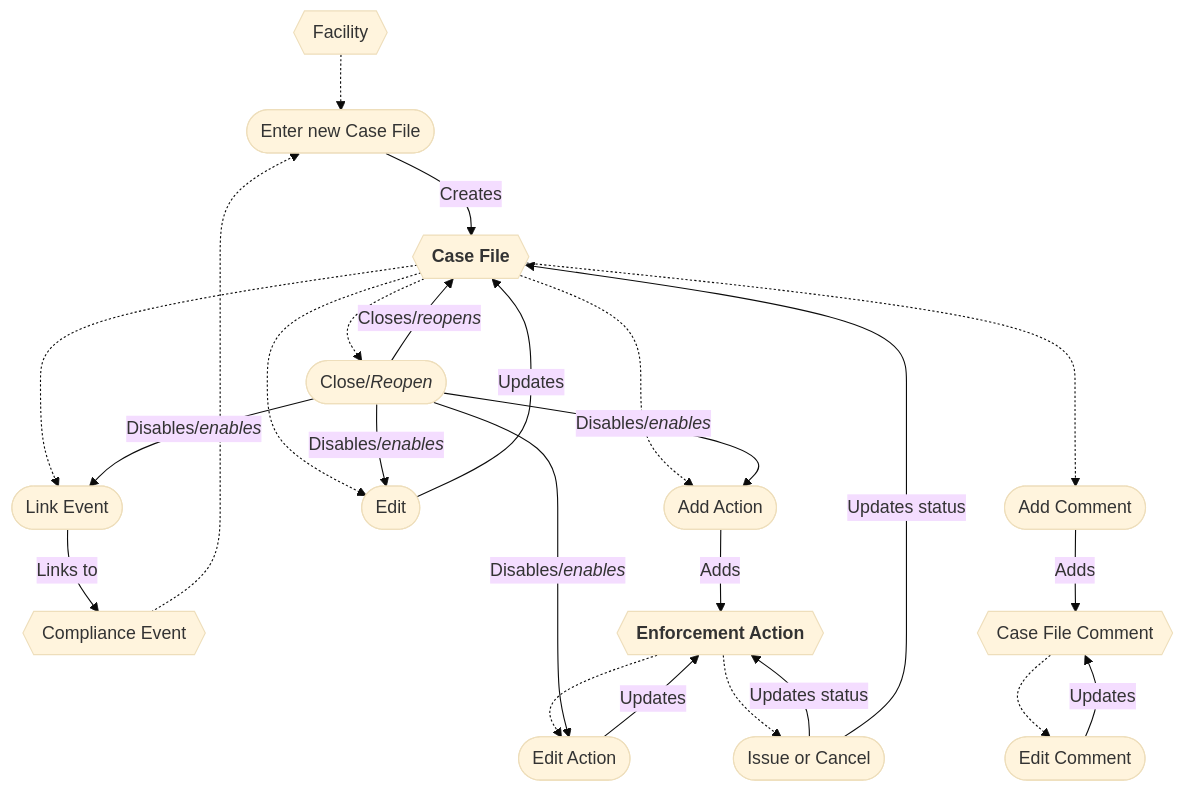
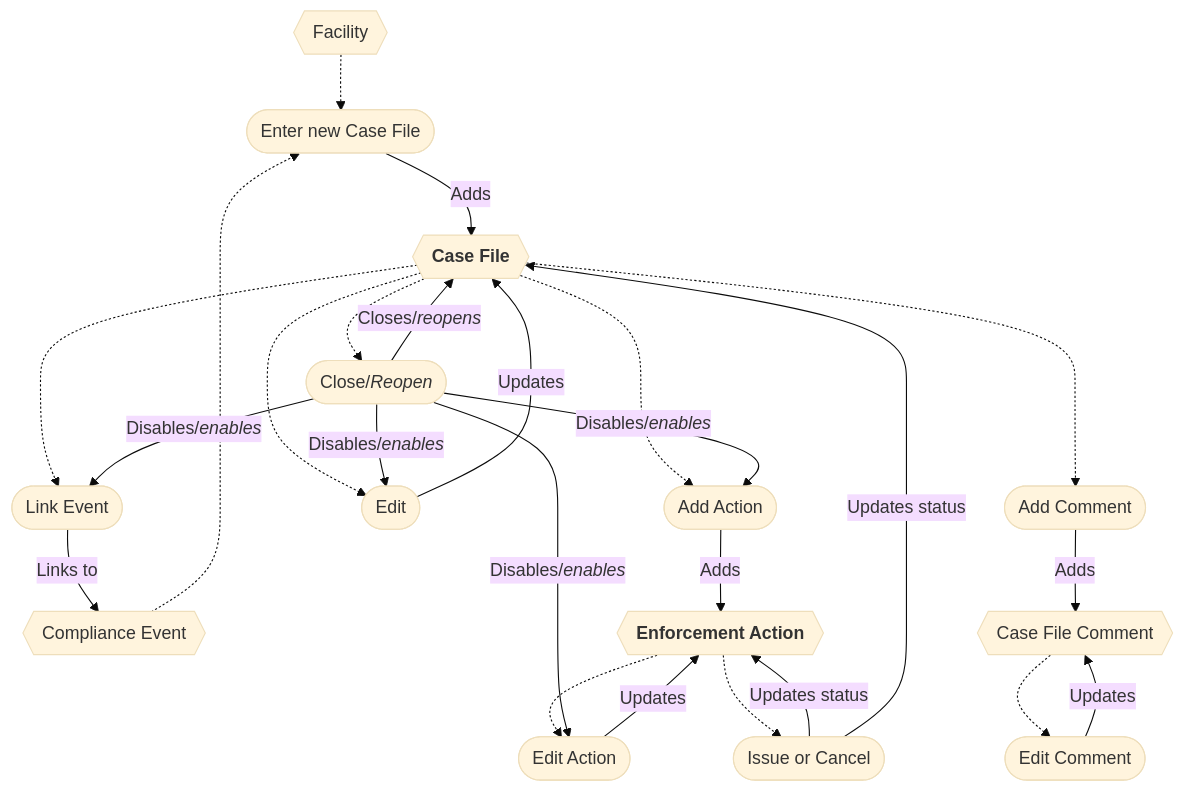
The second of 4 diagrams in docs/Workflows/Enforcement-workflow.md (gaepdit/air-web), drawn with Mermaid (base theme) before and after one commit. The commit also changed other lines of this file, not shown here.

````diff
--- a/docs/Workflows/Enforcement-workflow.md
+++ b/docs/Workflows/Enforcement-workflow.md
@@ -95,42 +105,42 @@
 ```mermaid
 flowchart
     FAC{{Facility}}
     EVT{{Compliance Event}}
     ENF{{"`**Case File**`"}}
     CTE{{Case File Comment}}
     ACT{{"`**Enforcement Action**`"}}
     link([Link Event])
     add([Enter new Case File])
     comment([Add Comment])
     editEnf([Edit])
     addAction([Add Action])
     close(["`Close/*Reopen*`"])
     editComment([Edit Comment])
     editAction([Edit Action])
     issue([Issue or Cancel])
     FAC -.-> add
     ENF -.-> link
     EVT -.-> add
     ENF -.-> editEnf
     ENF -.-> close
     ENF -..-> comment
     ENF -.-> addAction
     CTE -.-> editComment
     ACT -.-> editAction
     ACT -.-> issue
     close -->|"`Disables/*enables*`"| addAction
     close -->|"`Disables/*enables*`"| editEnf
     close -->|"`Disables/*enables*`"| link
     close -->|"`Disables/*enables*`"| editAction
-    add -->|Creates| ENF
+    add -->|Adds| ENF
     addAction -->|Adds| ACT
     close -->|"`Closes/*reopens*`"| ENF
     comment -->|Adds| CTE
     editAction -->|Updates| ACT
     editComment -->|Updates| CTE
     editEnf -->|Updates| ENF
     issue -->|Updates status| ACT
     issue -->|Updates status| ENF
     link -->|Links to| EVT
 
 ```
````
